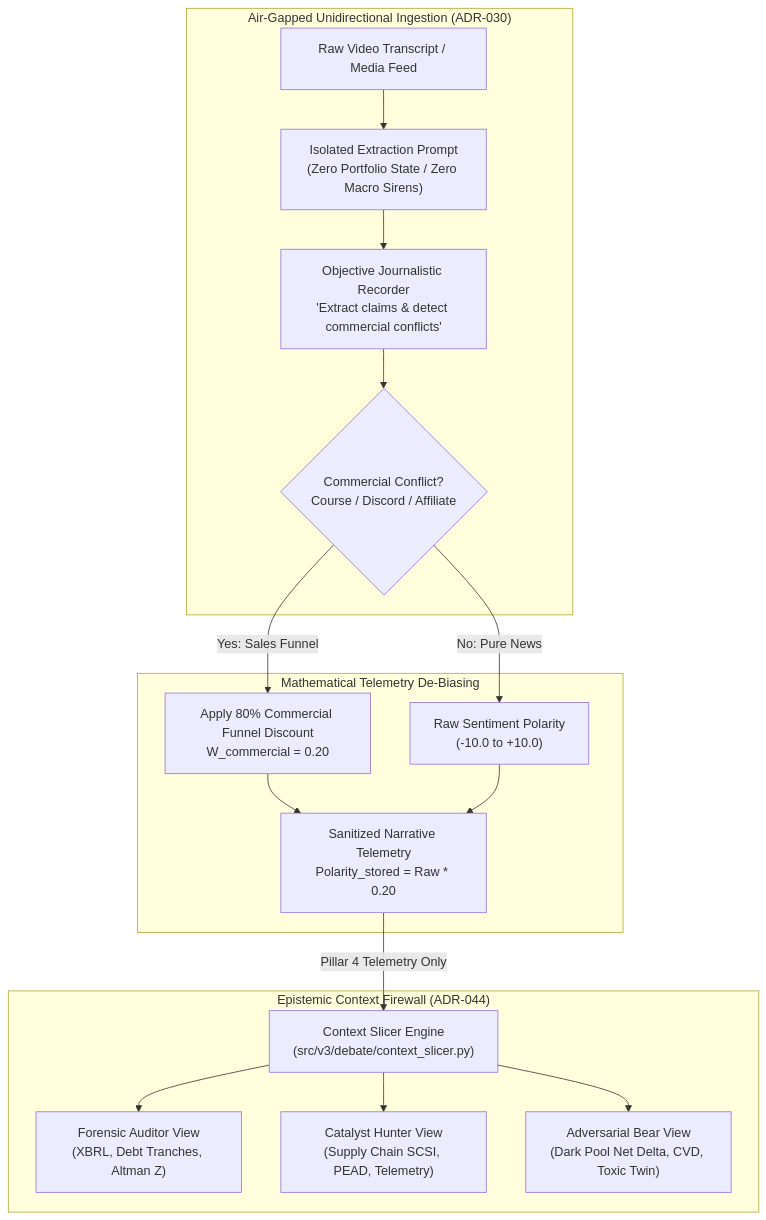
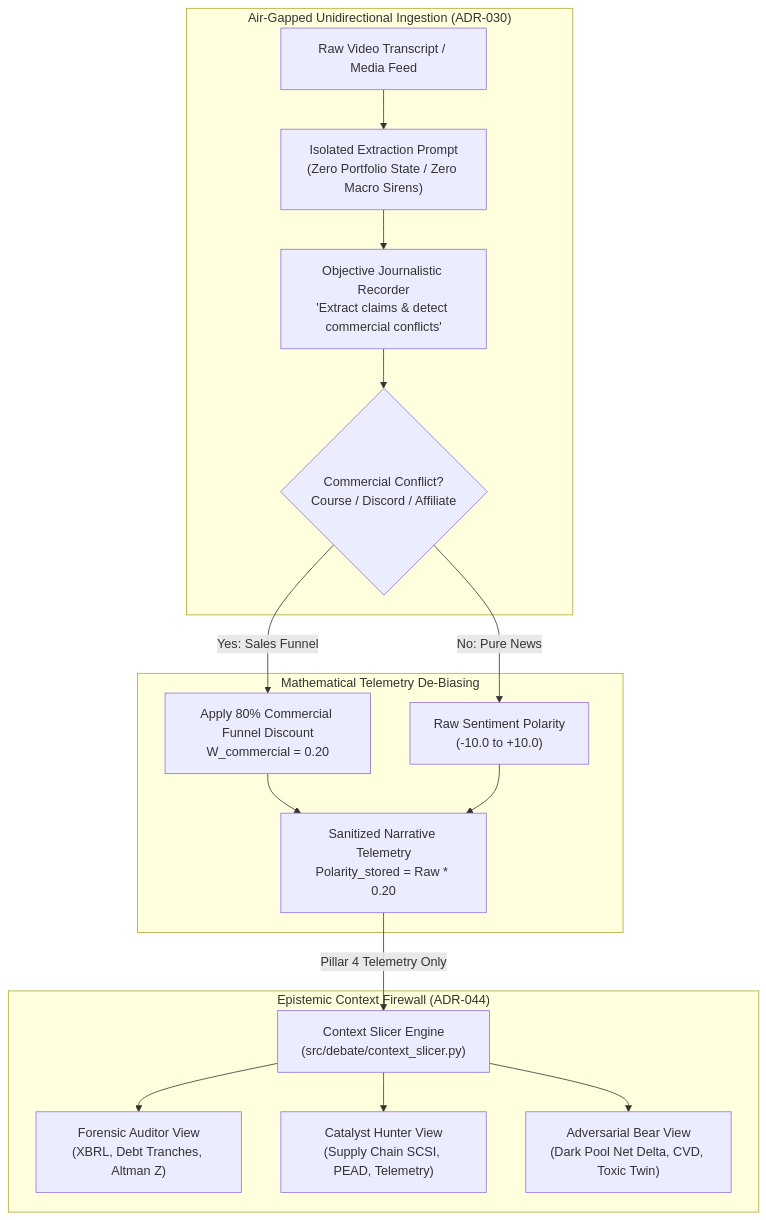
Before and after one commit to bdchang403/AI_Software_Foundations: the fourth of 11 diagrams in templates_and_resources/stories/autonomous_agentic_quant_engineering_master_guide.md, drawn with Mermaid. The commit also changed other lines of this file and 64 other files, not shown here.

````diff
--- a/templates_and_resources/stories/autonomous_agentic_quant_engineering_master_guide.md
+++ b/templates_and_resources/stories/autonomous_agentic_quant_engineering_master_guide.md
@@ -1306,36 +1306,36 @@
 ```mermaid
 flowchart TB
     subgraph Air_Gapped_Ingestion ["Air-Gapped Unidirectional Ingestion (ADR-030)"]
         RAW["Raw Video Transcript / Media Feed"]
         ISO_PROMPT["Isolated Extraction Prompt<br/>(Zero Portfolio State / Zero Macro Sirens)"]
         RECORDER["Objective Journalistic Recorder<br/>'Extract claims & detect commercial conflicts'"]
         CONFLICT{"Commercial Conflict?<br/>Course / Discord / Affiliate"}
         
         RAW --> ISO_PROMPT
         ISO_PROMPT --> RECORDER
         RECORDER --> CONFLICT
     end
 
     subgraph Telemetry_Debiasing ["Mathematical Telemetry De-Biasing"]
         RAW_P["Raw Sentiment Polarity<br/>(-10.0 to +10.0)"]
         DISC["Apply 80% Commercial Funnel Discount<br/>W_commercial = 0.20"]
         CLEAN_P["Sanitized Narrative Telemetry<br/>Polarity_stored = Raw * 0.20"]
         
         CONFLICT -->|Yes: Sales Funnel| DISC
         CONFLICT -->|No: Pure News| RAW_P
         DISC --> CLEAN_P
         RAW_P --> CLEAN_P
     end
 
     subgraph Epistemic_Firewall ["Epistemic Context Firewall (ADR-044)"]
-        SLICER["Context Slicer Engine<br/>(src/v3/debate/context_slicer.py)"]
+        SLICER["Context Slicer Engine<br/>(src/debate/context_slicer.py)"]
         AUDITOR["Forensic Auditor View<br/>(XBRL, Debt Tranches, Altman Z)"]
         CATALYST["Catalyst Hunter View<br/>(Supply Chain SCSI, PEAD, Telemetry)"]
         ADVERSARY["Adversarial Bear View<br/>(Dark Pool Net Delta, CVD, Toxic Twin)"]
         
         CLEAN_P -->|"Pillar 4 Telemetry Only"| SLICER
         SLICER --> AUDITOR
         SLICER --> CATALYST
         SLICER --> ADVERSARY
     end
 ```
````
